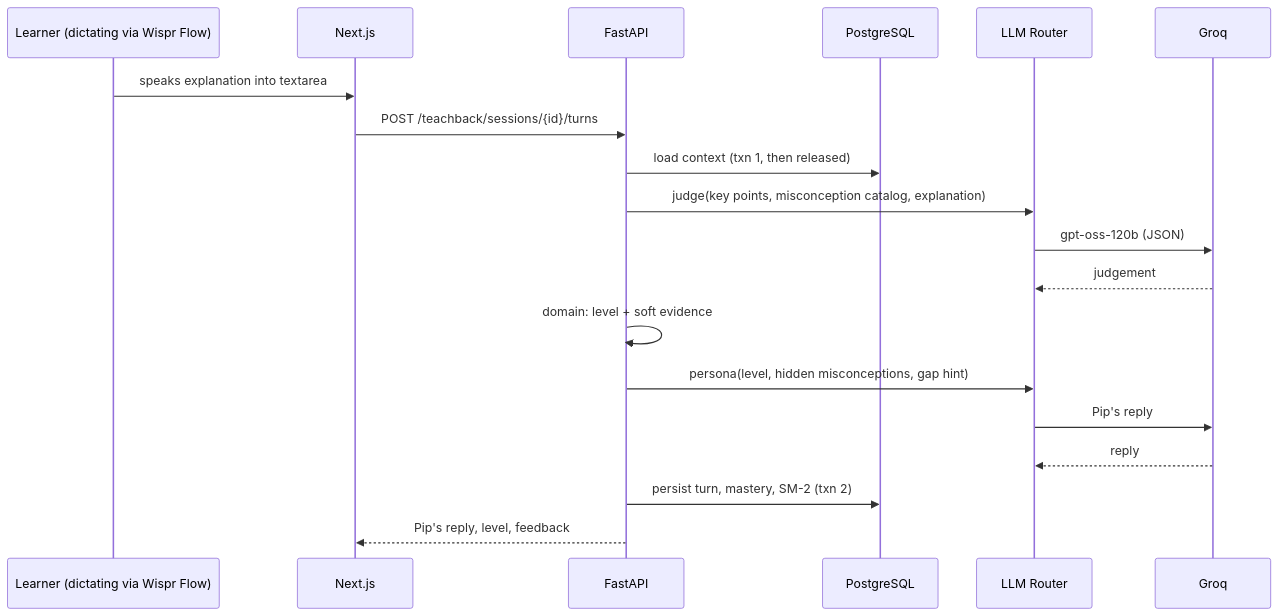
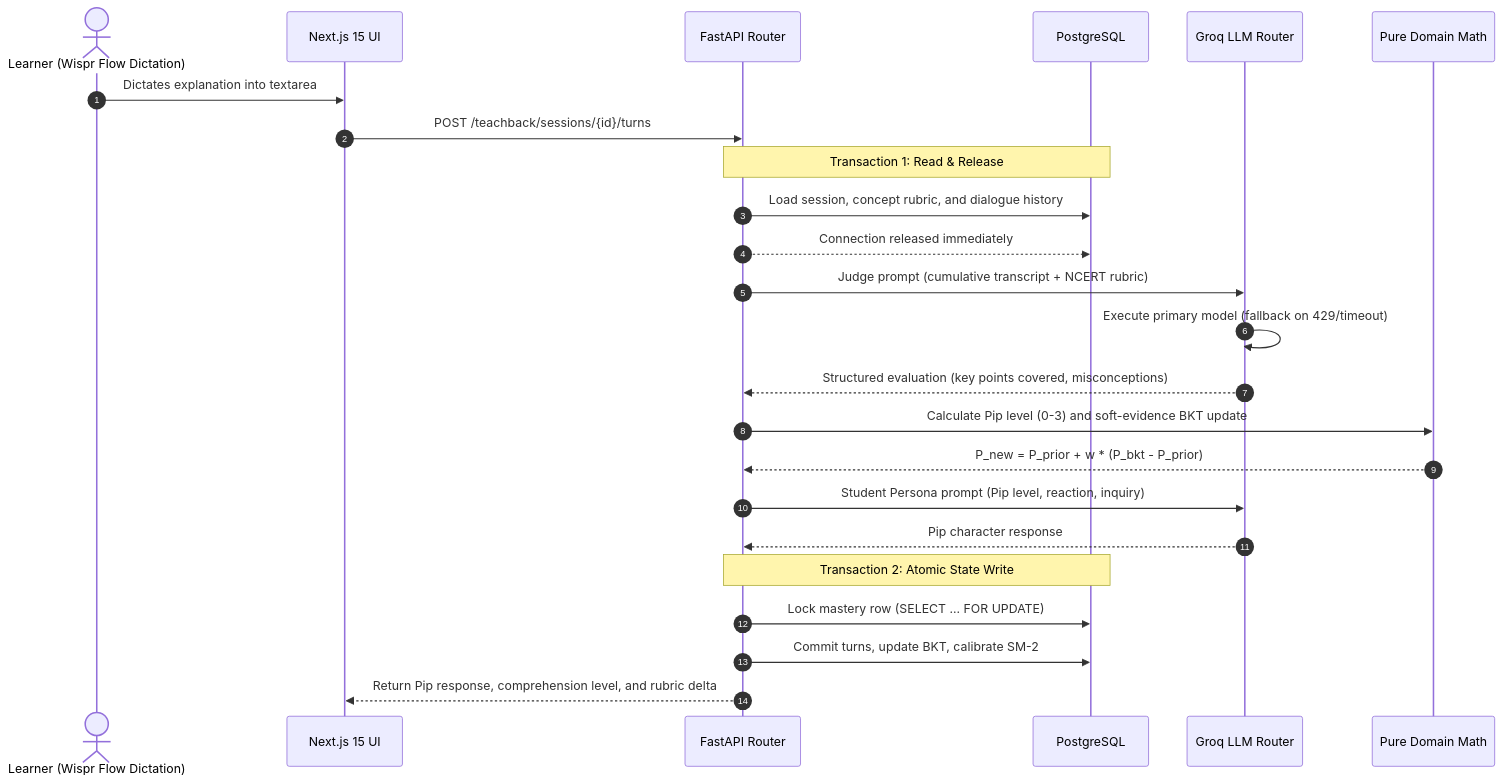
The second of 2 diagrams in README.md (Pranav-Pardeshii/dialecto), drawn with Mermaid before and after one commit. The commit also changed other lines of this file, not shown here.

````diff
--- a/README.md
+++ b/README.md
@@ -67,21 +124,31 @@
 ```mermaid
 sequenceDiagram
-  participant L as Learner (dictating via Wispr Flow)
-  participant FE as Next.js
-  participant API as FastAPI
+  autonumber
+  actor Learner as Learner (Wispr Flow Dictation)
+  participant FE as Next.js 15 UI
+  participant API as FastAPI Router
   participant DB as PostgreSQL
-  participant R as LLM Router
-  participant G as Groq
-  L->>FE: speaks explanation into textarea
+  participant Router as Groq LLM Router
+  participant Domain as Pure Domain Math
+
+  Learner->>FE: Dictates explanation into textarea
   FE->>API: POST /teachback/sessions/{id}/turns
-  API->>DB: load context (txn 1, then released)
-  API->>R: judge(key points, misconception catalog, explanation)
-  R->>G: gpt-oss-120b (JSON)
-  G-->>R: judgement
-  API->>API: domain: level + soft evidence
-  API->>R: persona(level, hidden misconceptions, gap hint)
-  R->>G: Pip's reply
-  G-->>R: reply
-  API->>DB: persist turn, mastery, SM-2 (txn 2)
-  API-->>FE: Pip's reply, level, feedback
+  Note over API,DB: Transaction 1: Read & Release
+  API->>DB: Load session, concept rubric, and dialogue history
+  API-->>DB: Connection released immediately
+  
+  API->>Router: Judge prompt (cumulative transcript + NCERT rubric)
+  Router->>Router: Execute primary model (fallback on 429/timeout)
+  Router-->>API: Structured evaluation (key points covered, misconceptions)
+  
+  API->>Domain: Calculate Pip level (0-3) and soft-evidence BKT update
+  Domain-->>API: P_new = P_prior + w * (P_bkt - P_prior)
+  
+  API->>Router: Student Persona prompt (Pip level, reaction, inquiry)
+  Router-->>API: Pip character response
+  
+  Note over API,DB: Transaction 2: Atomic State Write
+  API->>DB: Lock mastery row (SELECT ... FOR UPDATE)
+  API->>DB: Commit turns, update BKT, calibrate SM-2
+  API-->>FE: Return Pip response, comprehension level, and rubric delta
 ```
````
